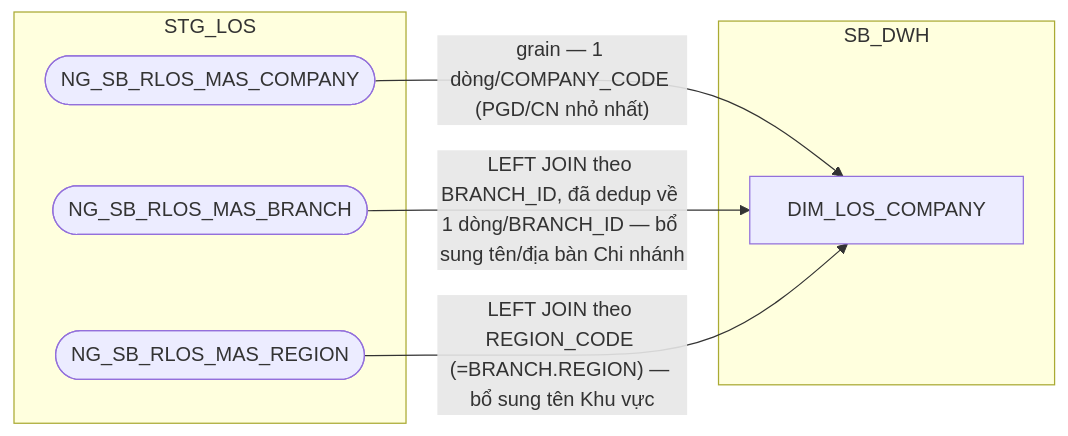
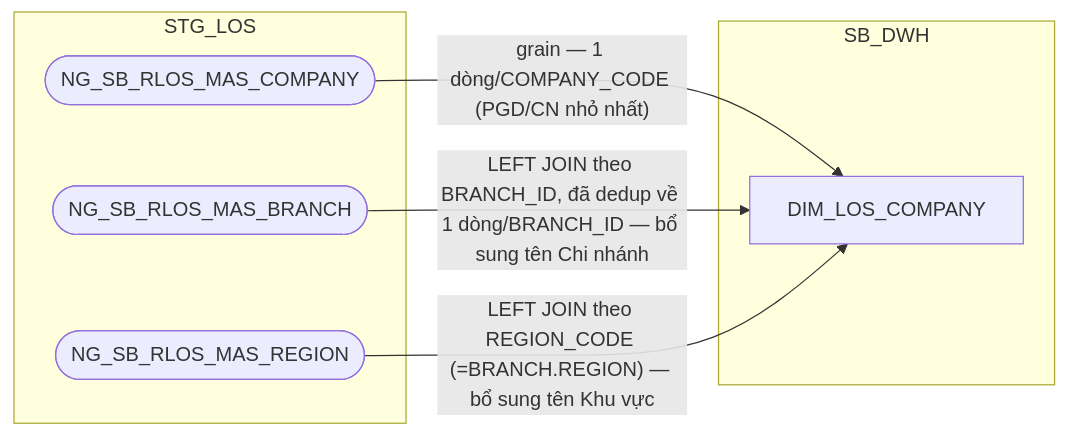
The first of 14 diagrams in hld/hld_review/HLD_DIM_SB_DWH_review.md (chien1198/sb-mapping-gen), drawn with Mermaid before and after one commit. The commit also changed other lines of this file and 49 other files, not shown here.

````diff
--- a/hld/hld_review/HLD_DIM_SB_DWH_review.md
+++ b/hld/hld_review/HLD_DIM_SB_DWH_review.md
@@ -17,14 +17,14 @@
 ```mermaid
 flowchart LR
     subgraph STG_LOS
         A(["NG_SB_RLOS_MAS_COMPANY"])
         B(["NG_SB_RLOS_MAS_BRANCH"])
         R(["NG_SB_RLOS_MAS_REGION"])
     end
     subgraph SB_DWH
         C["DIM_LOS_COMPANY"]
     end
     A -->|"grain — 1 dòng/COMPANY_CODE (PGD/CN nhỏ nhất)"| C
-    B -->|"LEFT JOIN theo BRANCH_ID, đã dedup về 1 dòng/BRANCH_ID — bổ sung tên/địa bàn Chi nhánh"| C
+    B -->|"LEFT JOIN theo BRANCH_ID, đã dedup về 1 dòng/BRANCH_ID — bổ sung tên Chi nhánh"| C
     R -->|"LEFT JOIN theo REGION_CODE (=BRANCH.REGION) — bổ sung tên Khu vực"| C
 ```
````
